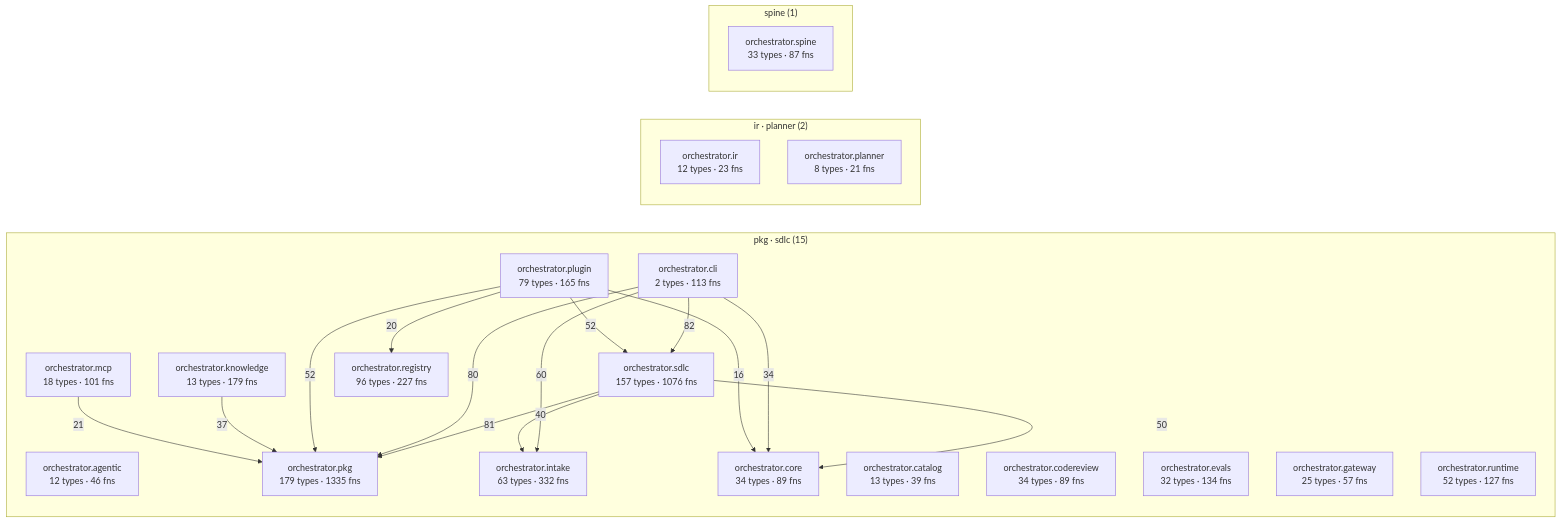
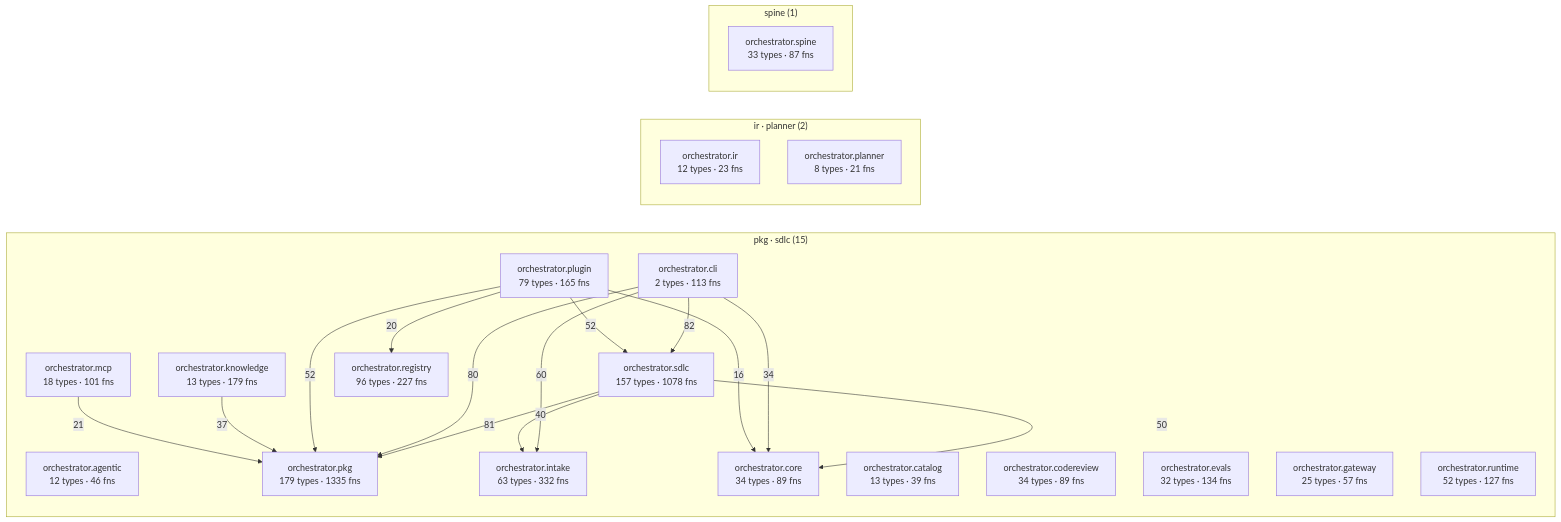
The diagram in episteme/architecture.md (synaptixs/spine), drawn with Mermaid before and after one commit. The commit also changed other lines of this file and 15 other files, not shown here.

````diff
--- a/episteme/architecture.md
+++ b/episteme/architecture.md
@@ -56,40 +56,40 @@
 ```mermaid
 flowchart LR
   subgraph c_2["pkg · sdlc (15)"]
     aorchestratoragentic["orchestrator.agentic<br/>12 types · 46 fns"]
     aorchestratorcatalog["orchestrator.catalog<br/>13 types · 39 fns"]
     aorchestratorcli["orchestrator.cli<br/>2 types · 113 fns"]
     aorchestratorcodereview["orchestrator.codereview<br/>34 types · 89 fns"]
     aorchestratorcore["orchestrator.core<br/>34 types · 89 fns"]
     aorchestratorevals["orchestrator.evals<br/>32 types · 134 fns"]
     aorchestratorgateway["orchestrator.gateway<br/>25 types · 57 fns"]
     aorchestratorintake["orchestrator.intake<br/>63 types · 332 fns"]
     aorchestratorknowledge["orchestrator.knowledge<br/>13 types · 179 fns"]
     aorchestratormcp["orchestrator.mcp<br/>18 types · 101 fns"]
     aorchestratorpkg["orchestrator.pkg<br/>179 types · 1335 fns"]
     aorchestratorplugin["orchestrator.plugin<br/>79 types · 165 fns"]
     aorchestratorregistry["orchestrator.registry<br/>96 types · 227 fns"]
     aorchestratorruntime["orchestrator.runtime<br/>52 types · 127 fns"]
-    aorchestratorsdlc["orchestrator.sdlc<br/>157 types · 1076 fns"]
+    aorchestratorsdlc["orchestrator.sdlc<br/>157 types · 1078 fns"]
   end
   subgraph c_5["ir · planner (2)"]
     aorchestratorir["orchestrator.ir<br/>12 types · 23 fns"]
     aorchestratorplanner["orchestrator.planner<br/>8 types · 21 fns"]
   end
   subgraph c_10["spine (1)"]
     aorchestratorspine["orchestrator.spine<br/>33 types · 87 fns"]
   end
   aorchestratorcli -->|82| aorchestratorsdlc
   aorchestratorsdlc -->|81| aorchestratorpkg
   aorchestratorcli -->|80| aorchestratorpkg
   aorchestratorcli -->|60| aorchestratorintake
   aorchestratorplugin -->|52| aorchestratorpkg
   aorchestratorplugin -->|52| aorchestratorsdlc
   aorchestratorsdlc -->|50| aorchestratorcore
   aorchestratorsdlc -->|40| aorchestratorintake
   aorchestratorknowledge -->|37| aorchestratorpkg
   aorchestratorcli -->|34| aorchestratorcore
   aorchestratormcp -->|21| aorchestratorpkg
   aorchestratorplugin -->|20| aorchestratorregistry
   aorchestratorplugin -->|16| aorchestratorcore
 ```
````
